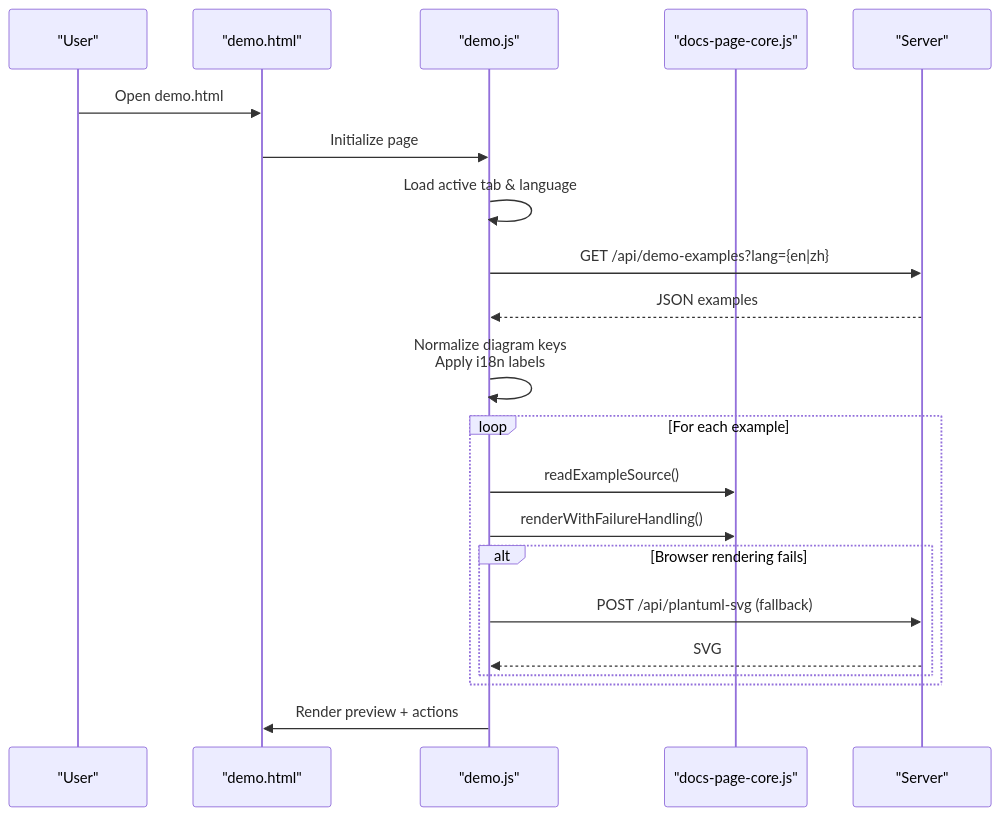
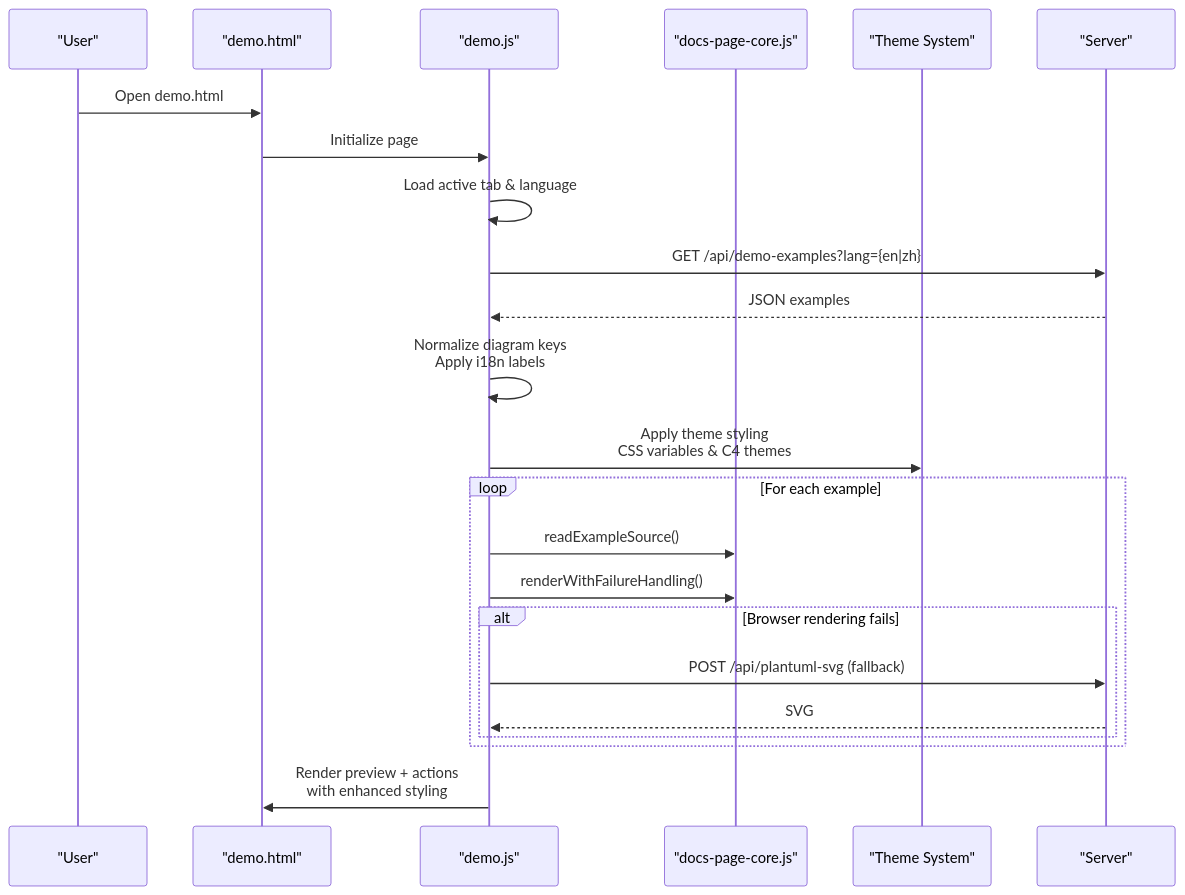
The second of 6 diagrams in .qoder/repowiki/en/content/Diagram Examples/Diagram Examples.md (pingwurth/code-to-uml), drawn with Mermaid before and after one commit. The commit also changed other lines of this file and 6 other files, not shown here.

````diff
--- a/.qoder/repowiki/en/content/Diagram Examples/Diagram Examples.md
+++ b/.qoder/repowiki/en/content/Diagram Examples/Diagram Examples.md
@@ -95,23 +120,25 @@
 ```mermaid
 sequenceDiagram
 participant U as "User"
 participant P as "demo.html"
 participant J as "demo.js"
 participant C as "docs-page-core.js"
+participant T as "Theme System"
 participant S as "Server"
 U->>P : Open demo.html
 P->>J : Initialize page
 J->>J : Load active tab & language
 J->>S : GET /api/demo-examples?lang={en|zh}
 S-->>J : JSON examples
 J->>J : Normalize diagram keys<br/>Apply i18n labels
+J->>T : Apply theme styling<br/>CSS variables & C4 themes
 loop For each example
 J->>C : readExampleSource()
 J->>C : renderWithFailureHandling()
 alt Browser rendering fails
 J->>S : POST /api/plantuml-svg (fallback)
 S-->>J : SVG
 end
 end
-J->>P : Render preview + actions
+J->>P : Render preview + actions<br/>with enhanced styling
 ```
````
